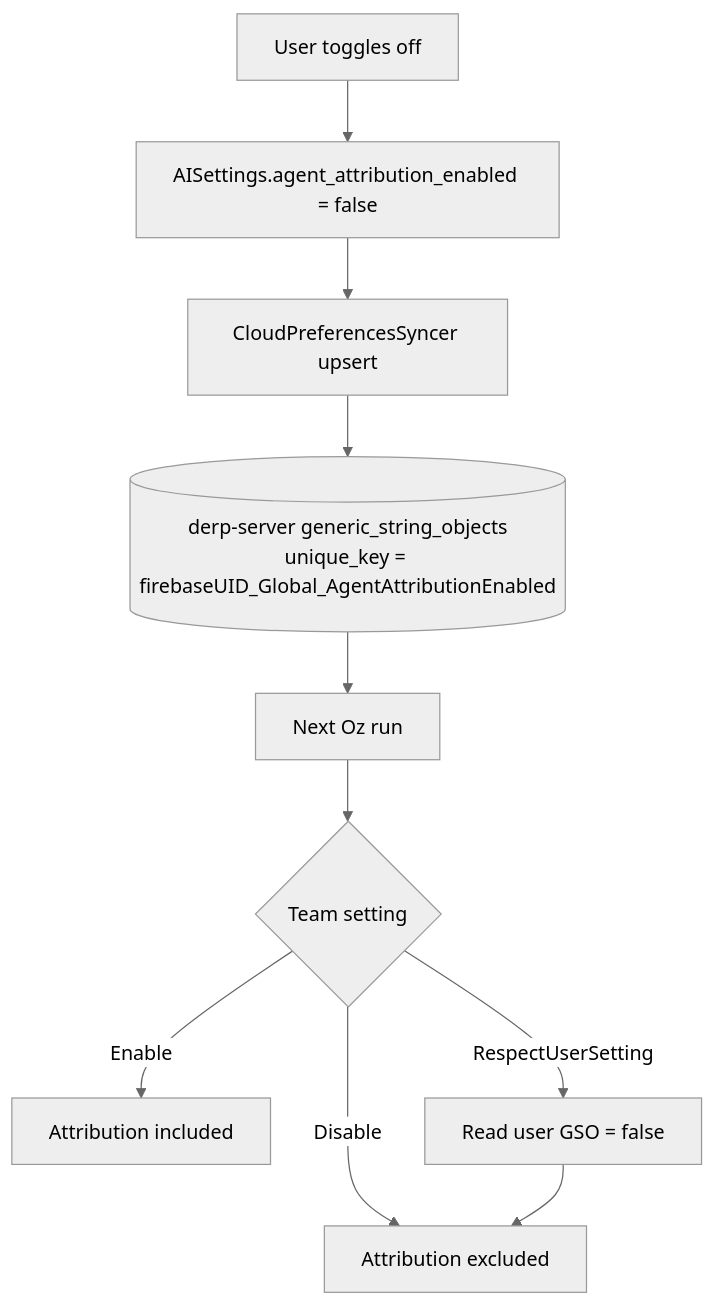
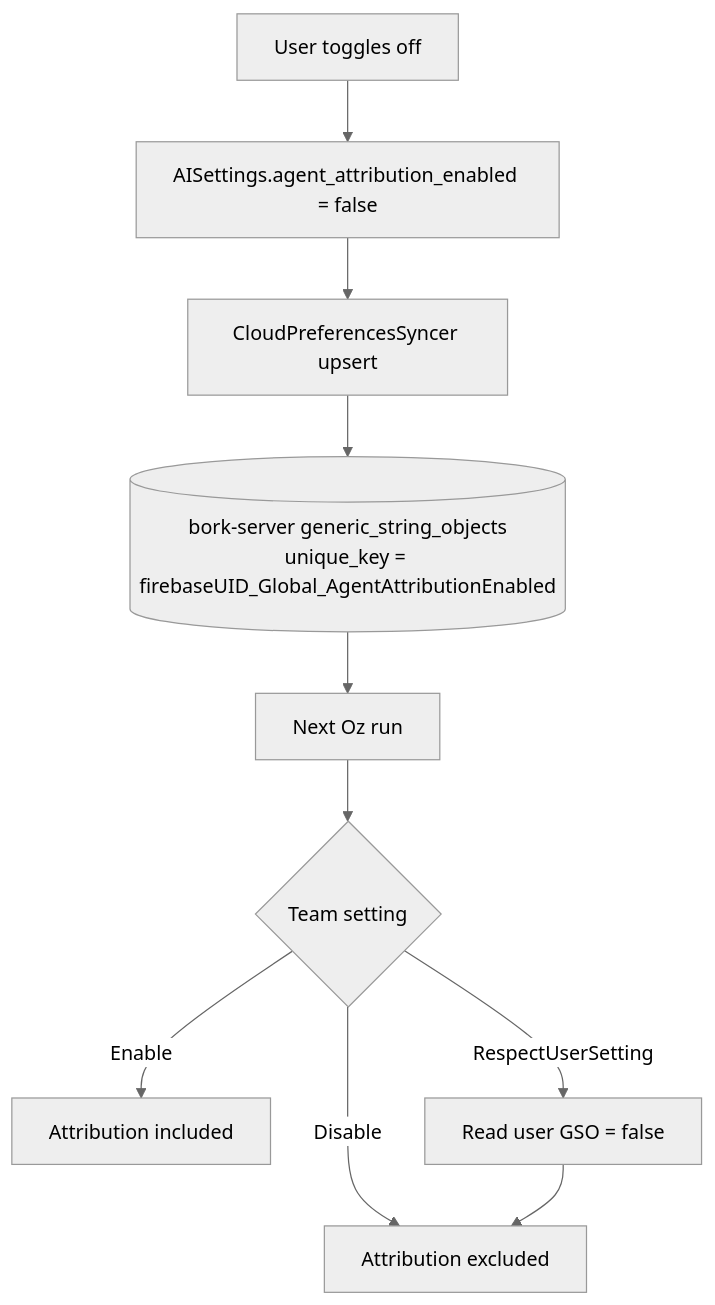
The diagram in specs/APP-3585/TECH.md (antikrust/krust-terminal), drawn with Mermaid (neutral theme) before and after one commit. The commit also changed other lines of this file and 4477 other files, not shown here.

First line of the commit message:
Rebrand Derp -> Bork

````diff
--- a/specs/APP-3585/TECH.md
+++ b/specs/APP-3585/TECH.md
@@ -67,12 +67,12 @@
 ```mermaid
 flowchart TD
     A[User toggles off] --> B[AISettings.agent_attribution_enabled = false]
     B --> C[CloudPreferencesSyncer upsert]
-    C --> D[(derp-server generic_string_objects\nunique_key = firebaseUID_Global_AgentAttributionEnabled)]
+    C --> D[(bork-server generic_string_objects\nunique_key = firebaseUID_Global_AgentAttributionEnabled)]
     D --> E[Next Oz run]
     E --> F{Team setting}
     F -->|Enable| G[Attribution included]
     F -->|Disable| H[Attribution excluded]
     F -->|RespectUserSetting| I[Read user GSO = false]
     I --> H
 ```
````
